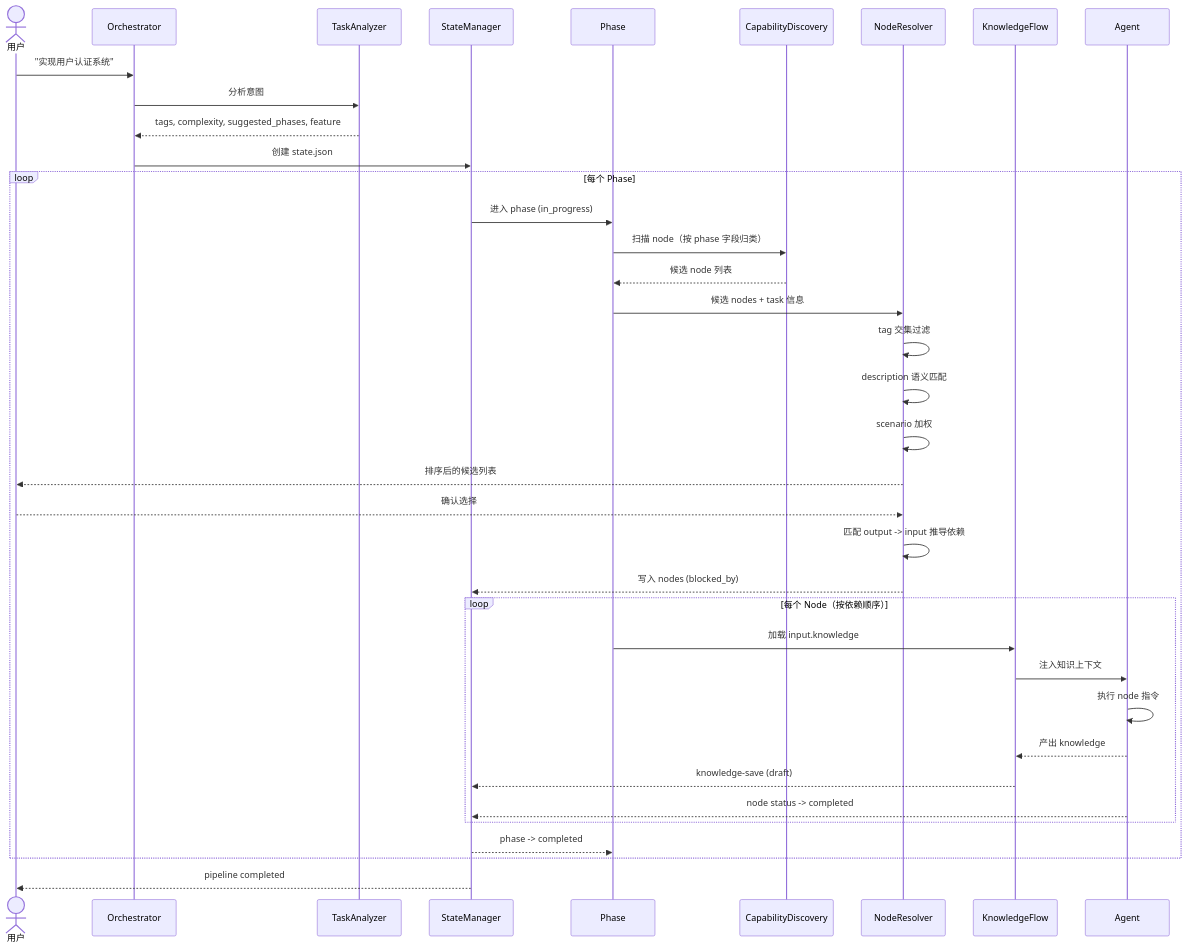
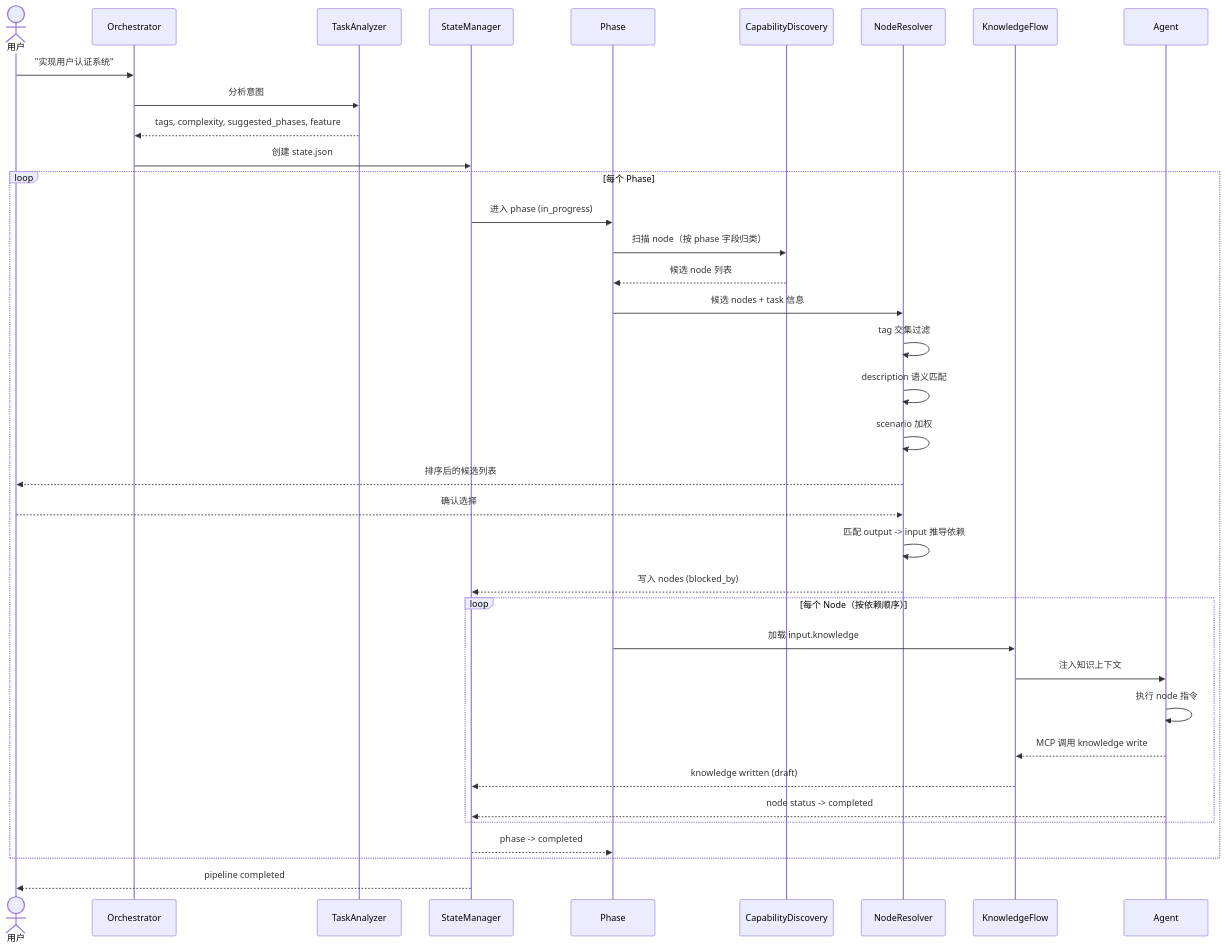
One commit to CaffeineOddity/opc-marketplace changed the first of 2 diagrams in doc/feature/01-overview.md. Above: the diagram before and after it, drawn with Mermaid. The commit also changed other lines of this file and 5 other files, not shown here.

First line of the commit message:
docs: redesign knowledge system to use MCP tools

````diff
--- a/doc/feature/01-overview.md
+++ b/doc/feature/01-overview.md
@@ -284,44 +283,44 @@
 ```mermaid
 sequenceDiagram
     actor U as 用户
     participant O as Orchestrator
     participant TA as TaskAnalyzer
     participant SM as StateManager
     participant P as Phase
     participant CD as CapabilityDiscovery
     participant NR as NodeResolver
     participant KF as KnowledgeFlow
     participant A as Agent
 
     U->>O: "实现用户认证系统"
     O->>TA: 分析意图
     TA-->>O: tags, complexity, suggested_phases, feature
     O->>SM: 创建 state.json
 
     loop 每个 Phase
         SM->>P: 进入 phase (in_progress)
         P->>CD: 扫描 node（按 phase 字段归类）
         CD-->>P: 候选 node 列表
         P->>NR: 候选 nodes + task 信息
         NR->>NR: tag 交集过滤
         NR->>NR: description 语义匹配
         NR->>NR: scenario 加权
         NR-->>U: 排序后的候选列表
         U-->>NR: 确认选择
         NR->>NR: 匹配 output -> input 推导依赖
         NR-->>SM: 写入 nodes (blocked_by)
         
         loop 每个 Node（按依赖顺序）
             P->>KF: 加载 input.knowledge
             KF->>A: 注入知识上下文
             A->>A: 执行 node 指令
-            A-->>KF: 产出 knowledge
-            KF-->>SM: knowledge-save (draft)
+            A-->>KF: MCP 调用 knowledge write
+            KF-->>SM: knowledge written (draft)
             A-->>SM: node status -> completed
         end
         
         SM-->>P: phase -> completed
     end
 
     SM-->>U: pipeline completed
 ```
````
